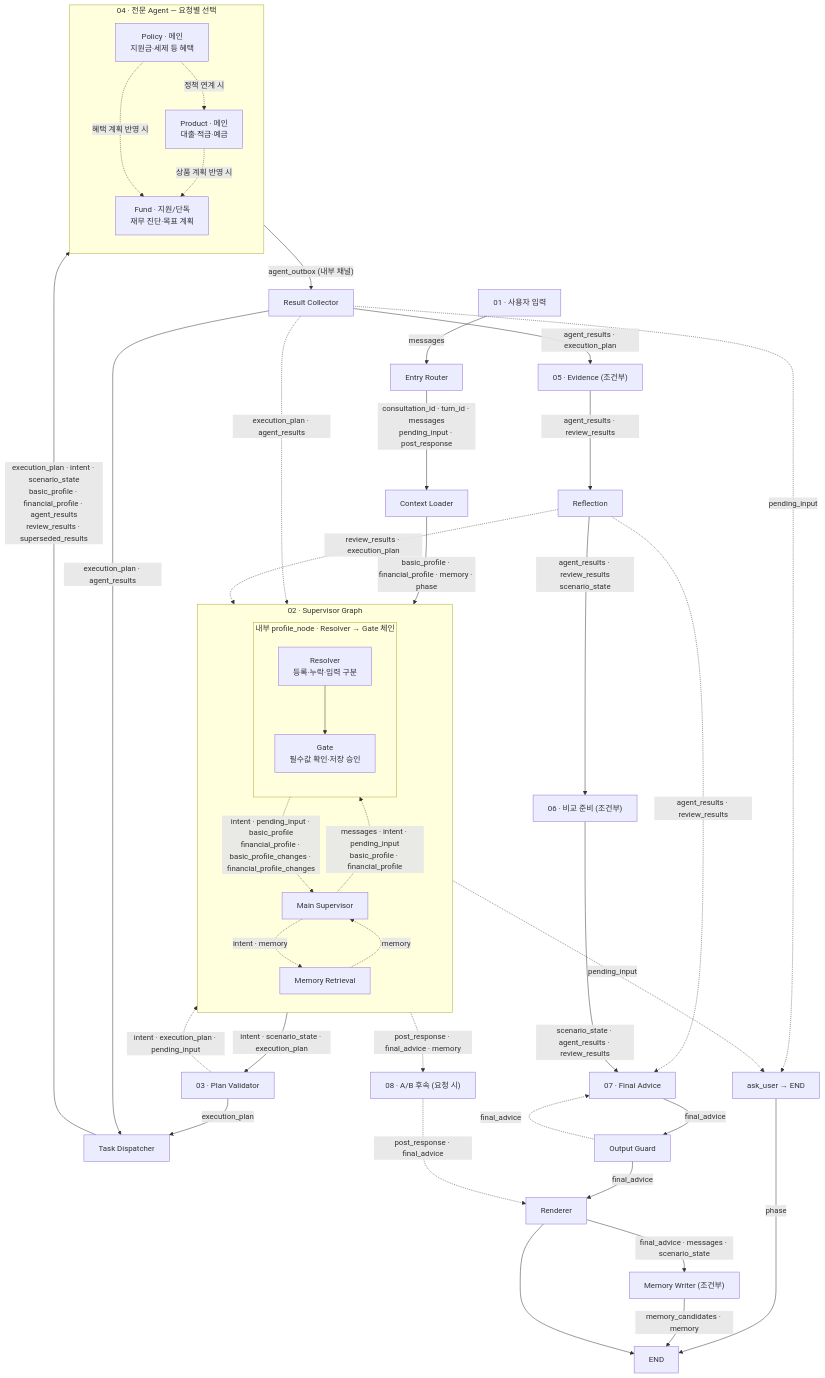
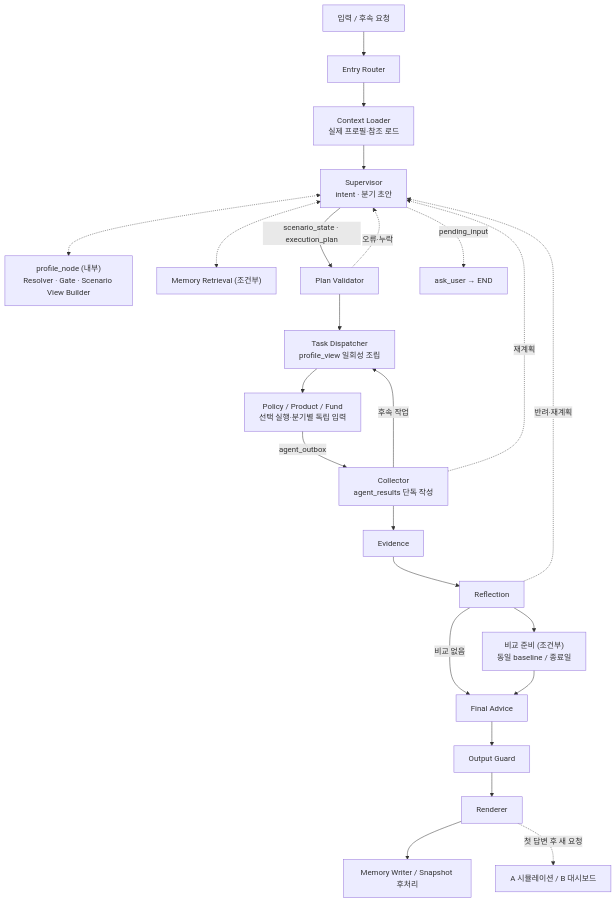
One commit to encore-ai-campus/mle-01-final-team1 changed the diagram in docs/State_설계안.md. Above: the diagram before and after it, drawn with Mermaid. The commit also changed other lines of this file and 1 other file, not shown here.

````diff
--- a/docs/State_설계안.md
+++ b/docs/State_설계안.md
@@ -569,73 +708,22 @@
 ```mermaid
 flowchart TB
-    N01["01 · 사용자 입력"]
-    ENTRY["Entry Router"]
-    LOADER["Context Loader"]
-
-    subgraph SG["02 · Supervisor Graph"]
-        direction TB
-        N02["Main Supervisor"]
-        subgraph PWF["내부 profile_node · Resolver → Gate 체인"]
-            direction TB
-            RESOLVER["Resolver<br/>등록·누락·입력 구분"]
-            PGATE["Gate<br/>필수값 확인·저장 승인"]
-            RESOLVER --> PGATE
-        end
-        MEM["Memory Retrieval"]
-        N02 -.->|"messages · intent · pending_input<br/>basic_profile · financial_profile"| RESOLVER
-        PGATE -.->|"intent · pending_input · basic_profile<br/>financial_profile · basic_profile_changes · financial_profile_changes"| N02
-        N02 -.->|"intent · memory"| MEM
-        MEM -.->|"memory"| N02
-    end
-
-    V["03 · Plan Validator"]
-    D["Task Dispatcher"]
-    subgraph EXEC["04 · 전문 Agent — 요청별 선택"]
-        direction TB
-        POLICY["Policy · 메인<br/>지원금·세제 등 혜택"]
-        PRODUCT["Product · 메인<br/>대출·적금·예금"]
-        FUND["Fund · 지원/단독<br/>재무 진단·목표 계획"]
-        POLICY -.->|"정책 연계 시"| PRODUCT
-        POLICY -.->|"혜택 계획 반영 시"| FUND
-        PRODUCT -.->|"상품 계획 반영 시"| FUND
-    end
-    COLLECTOR["Result Collector"]
-    ASK["ask_user → END"]
-    EVIDENCE["05 · Evidence (조건부)"]
-    REFLECTION["Reflection"]
-    COMPARE["06 · 비교 준비 (조건부)"]
-    FINAL["07 · Final Advice"]
-    GUARD["Output Guard"]
-    RENDER["Renderer"]
-    WRITER["Memory Writer (조건부)"]
-    N08["08 · A/B 후속 (요청 시)"]
-    ENDNODE["END"]
-
-    N01 -->|"messages"| ENTRY
-    ENTRY -->|"consultation_id · turn_id · messages<br/>pending_input · post_response"| LOADER
-    LOADER -->|"basic_profile · financial_profile · memory · phase"| N02
-    N02 -->|"intent · scenario_state · execution_plan"| V
-    V -.->|"intent · execution_plan · pending_input"| N02
-    V -->|"execution_plan"| D
-    D -->|"execution_plan · intent · scenario_state<br/>basic_profile · financial_profile · agent_results<br/>review_results · superseded_results"| EXEC
-    EXEC -->|"agent_outbox (내부 채널)"| COLLECTOR
-    COLLECTOR -->|"execution_plan · agent_results"| D
-    COLLECTOR -.->|"execution_plan · agent_results"| N02
-    N02 -.->|"pending_input"| ASK
-    COLLECTOR -.->|"pending_input"| ASK
-    ASK -->|"phase"| ENDNODE
-    COLLECTOR -->|"agent_results · execution_plan"| EVIDENCE
-    EVIDENCE -->|"agent_results · review_results"| REFLECTION
-    REFLECTION -.->|"review_results · execution_plan"| N02
-    REFLECTION -->|"agent_results · review_results<br/>scenario_state"| COMPARE
-    REFLECTION -.->|"agent_results · review_results"| FINAL
-    COMPARE -->|"scenario_state · agent_results · review_results"| FINAL
-    FINAL -->|"final_advice"| GUARD
-    GUARD -.->|"final_advice"| FINAL
-    GUARD -->|"final_advice"| RENDER
-    RENDER -->|"final_advice · messages · scenario_state"| WRITER
-    WRITER -->|"memory_candidates · memory"| ENDNODE
-    RENDER --> ENDNODE
-    N02 -.->|"post_response · final_advice · memory"| N08
-    N08 -.->|"post_response · final_advice"| RENDER
+    USER["입력 / 후속 요청"] --> ENTRY["Entry Router"] --> LOADER["Context Loader<br/>실제 프로필·참조 로드"]
+    LOADER --> SUP["Supervisor<br/>intent · 분기 초안"]
+    SUP <-.-> PROFILE["profile_node (내부)<br/>Resolver · Gate · Scenario View Builder"]
+    SUP <-.-> MEMORY["Memory Retrieval (조건부)"]
+    SUP -->|"scenario_state · execution_plan"| VALID["Plan Validator"]
+    VALID --> DISP["Task Dispatcher<br/>profile_view 일회성 조립"]
+    VALID -.->|"오류·누락"| SUP
+    DISP --> EXEC["Policy / Product / Fund<br/>선택 실행·분기별 독립 입력"]
+    EXEC -->|"agent_outbox"| COL["Collector<br/>agent_results 단독 작성"]
+    COL -->|"후속 작업"| DISP
+    COL -.->|"재계획"| SUP
+    COL --> EVID["Evidence"] --> REF["Reflection"]
+    REF -.->|"반려·재계획"| SUP
+    REF --> CMP["비교 준비 (조건부)<br/>동일 baseline / 종료일"]
+    REF -->|"비교 없음"| FIN["Final Advice"]
+    CMP --> FIN --> GUARD["Output Guard"] --> RENDER["Renderer"]
+    RENDER --> MEMWRITE["Memory Writer / Snapshot 후처리"]
+    SUP -.->|"pending_input"| ASK["ask_user → END"]
+    RENDER -.->|"첫 답변 후 새 요청"| POST["A 시뮬레이션 / B 대시보드"]
 ```
````
